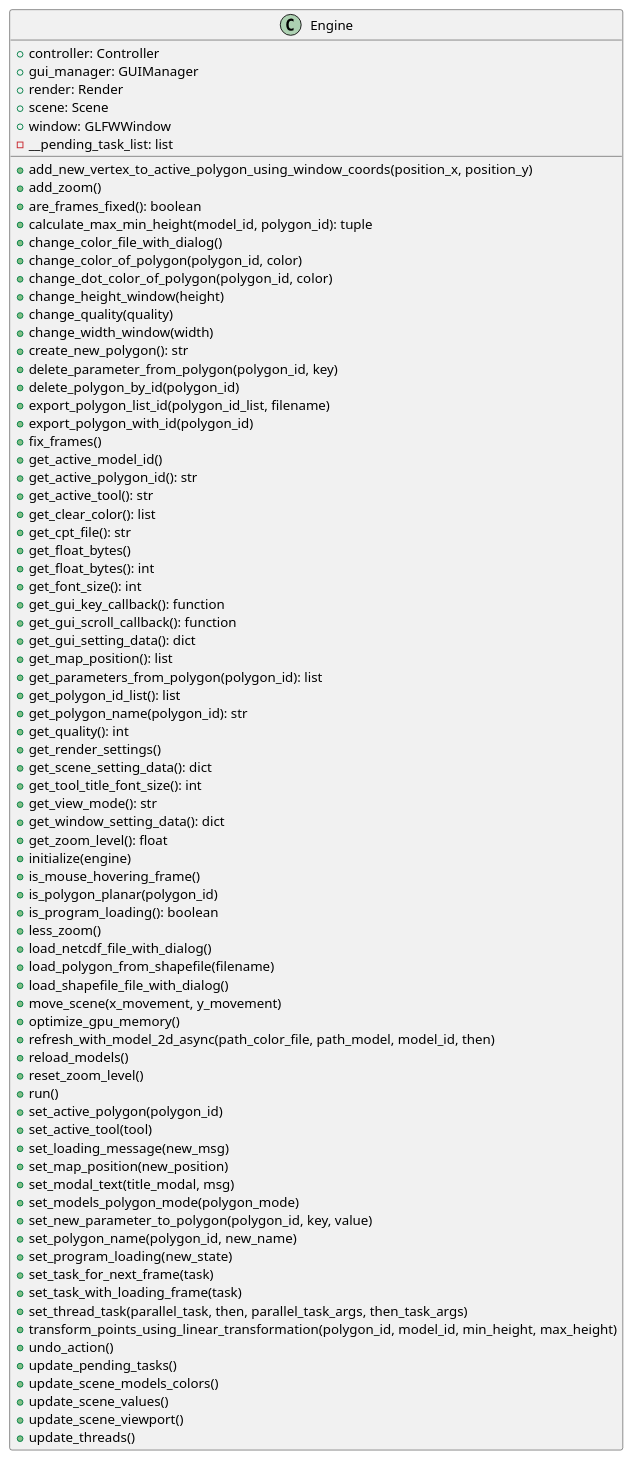
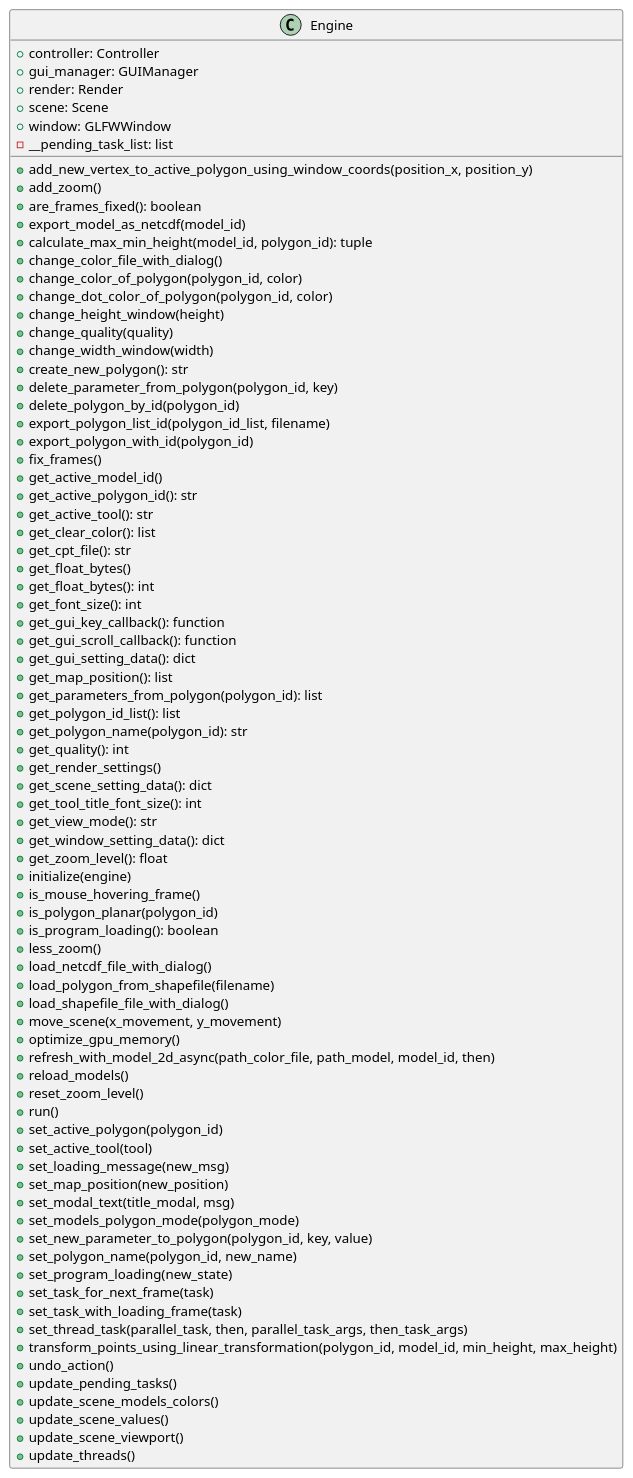
Before and after one commit to ferpoble2/Relief_Creator: the diagram in docs/classes/Engine.puml, drawn with PlantUML. The commit also changed 10 other files, not shown here.

```diff
--- a/docs/classes/Engine.puml
+++ b/docs/classes/Engine.puml
@@ -1,82 +1,83 @@
 @startuml
 class Engine {
     + controller: Controller
     + gui_manager: GUIManager
     + render: Render
     + scene: Scene
     + window: GLFWWindow
     - __pending_task_list: list
     + add_new_vertex_to_active_polygon_using_window_coords(position_x, position_y)
     + add_zoom()
     + are_frames_fixed(): boolean
+    + export_model_as_netcdf(model_id)
     + calculate_max_min_height(model_id, polygon_id): tuple
     + change_color_file_with_dialog()
     + change_color_of_polygon(polygon_id, color)
     + change_dot_color_of_polygon(polygon_id,  color)
     + change_height_window(height)
     + change_quality(quality)
     + change_width_window(width)
     + create_new_polygon(): str
     + delete_parameter_from_polygon(polygon_id, key)
     + delete_polygon_by_id(polygon_id)
     + export_polygon_list_id(polygon_id_list, filename)
     + export_polygon_with_id(polygon_id)
     + fix_frames()
     + get_active_model_id()
     + get_active_polygon_id(): str
     + get_active_tool(): str
     + get_clear_color(): list
     + get_cpt_file(): str
     + get_float_bytes()
     + get_float_bytes(): int
     + get_font_size(): int
     + get_gui_key_callback(): function
     + get_gui_scroll_callback(): function
     + get_gui_setting_data(): dict
     + get_map_position(): list
     + get_parameters_from_polygon(polygon_id): list
     + get_polygon_id_list(): list
     + get_polygon_name(polygon_id): str
     + get_quality(): int
     + get_render_settings()
     + get_scene_setting_data(): dict
     + get_tool_title_font_size(): int
     + get_view_mode(): str
     + get_window_setting_data(): dict
     + get_zoom_level(): float
     + initialize(engine)
     + is_mouse_hovering_frame()
     + is_polygon_planar(polygon_id)
     + is_program_loading(): boolean
     + less_zoom()
     + load_netcdf_file_with_dialog()
     + load_polygon_from_shapefile(filename)
     + load_shapefile_file_with_dialog()
     + move_scene(x_movement, y_movement)
     + optimize_gpu_memory()
     + refresh_with_model_2d_async(path_color_file, path_model, model_id, then)
     + reload_models()
     + reset_zoom_level()
     + run()
     + set_active_polygon(polygon_id)
     + set_active_tool(tool)
     + set_loading_message(new_msg)
     + set_map_position(new_position)
     + set_modal_text(title_modal, msg)
     + set_models_polygon_mode(polygon_mode)
     + set_new_parameter_to_polygon(polygon_id, key, value)
     + set_polygon_name(polygon_id, new_name)
     + set_program_loading(new_state)
     + set_task_for_next_frame(task)
     + set_task_with_loading_frame(task)
     + set_thread_task(parallel_task, then, parallel_task_args, then_task_args)
     + transform_points_using_linear_transformation(polygon_id, model_id, min_height, max_height)
     + undo_action()
     + update_pending_tasks()
     + update_scene_models_colors()
     + update_scene_values()
     + update_scene_viewport()
     + update_threads()
 }
 
 @enduml
```
